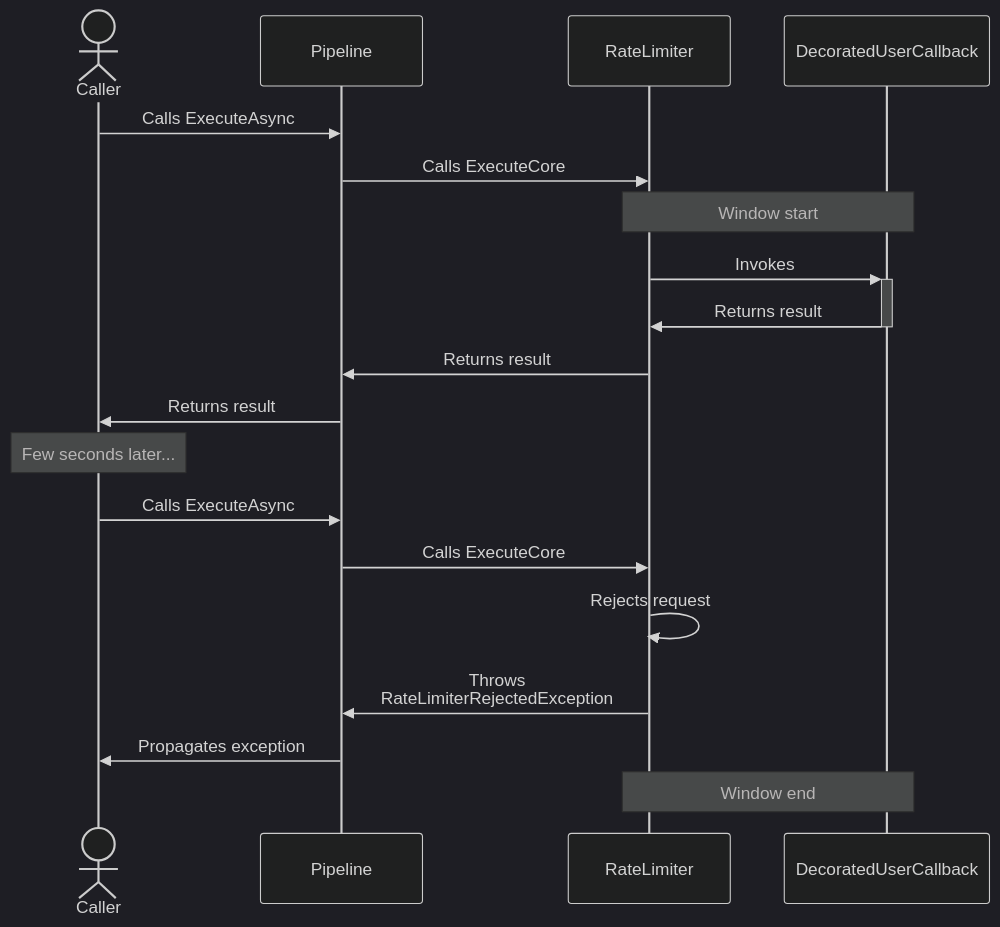
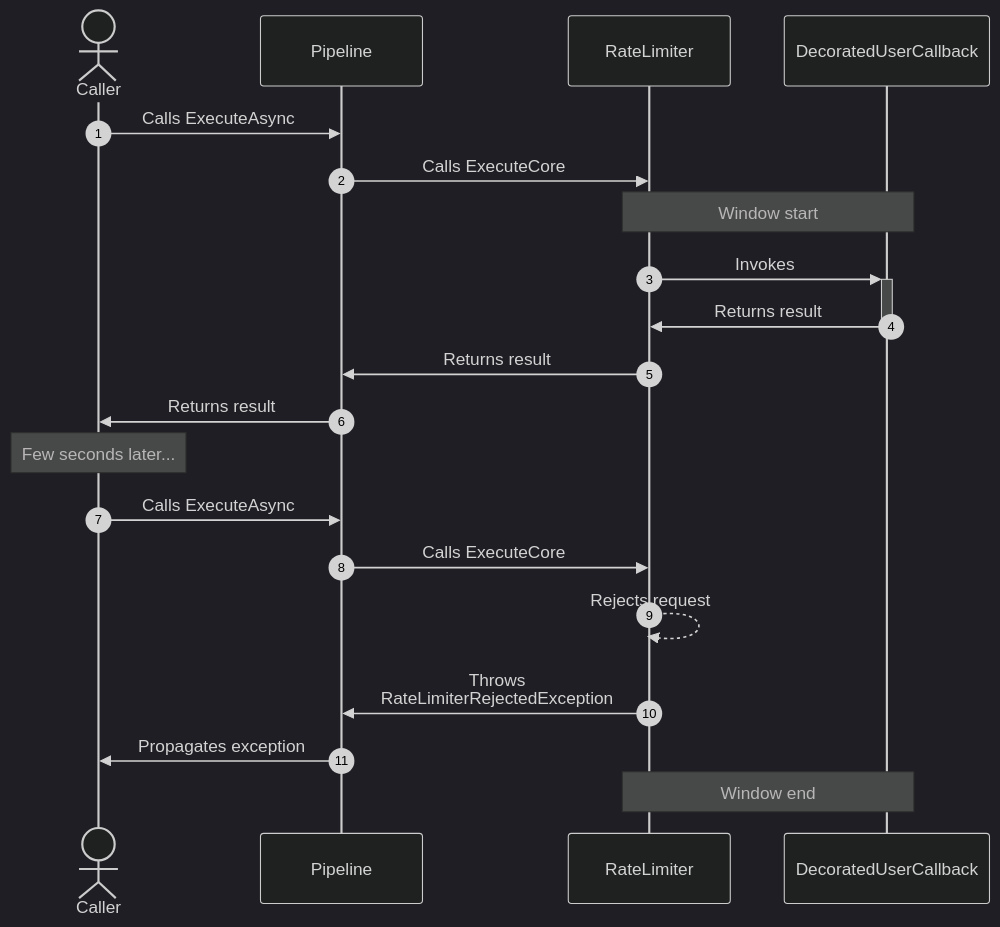
One commit to App-vNext/Polly changed the second of 4 diagrams in docs/strategies/rate-limiter.md. Above: the diagram before and after it, drawn with Mermaid (dark theme). The commit also changed other lines of this file and 6 other files, not shown here.

First line of the commit message:
[Docs] Add diagram to action generator hedging (#1713)

````diff
--- a/docs/strategies/rate-limiter.md
+++ b/docs/strategies/rate-limiter.md
@@ -113,22 +114,23 @@
 ```mermaid
 sequenceDiagram
+    autonumber
     actor C as Caller
     participant P as Pipeline
     participant RL as RateLimiter
     participant D as DecoratedUserCallback
 
     C->>P: Calls ExecuteAsync
     P->>RL: Calls ExecuteCore
     Note over RL,D: Window start
     RL->>+D: Invokes
     D->>-RL: Returns result
     RL->>P: Returns result
     P->>C: Returns result
     Note over C: Few seconds later...
     C->>P: Calls ExecuteAsync
     P->>RL: Calls ExecuteCore
-    RL->>RL: Rejects request
+    RL-->>RL: Rejects request
     RL->>P: Throws <br/>RateLimiterRejectedException
     P->>C: Propagates exception
     Note over RL,D: Window end
 ```
````
